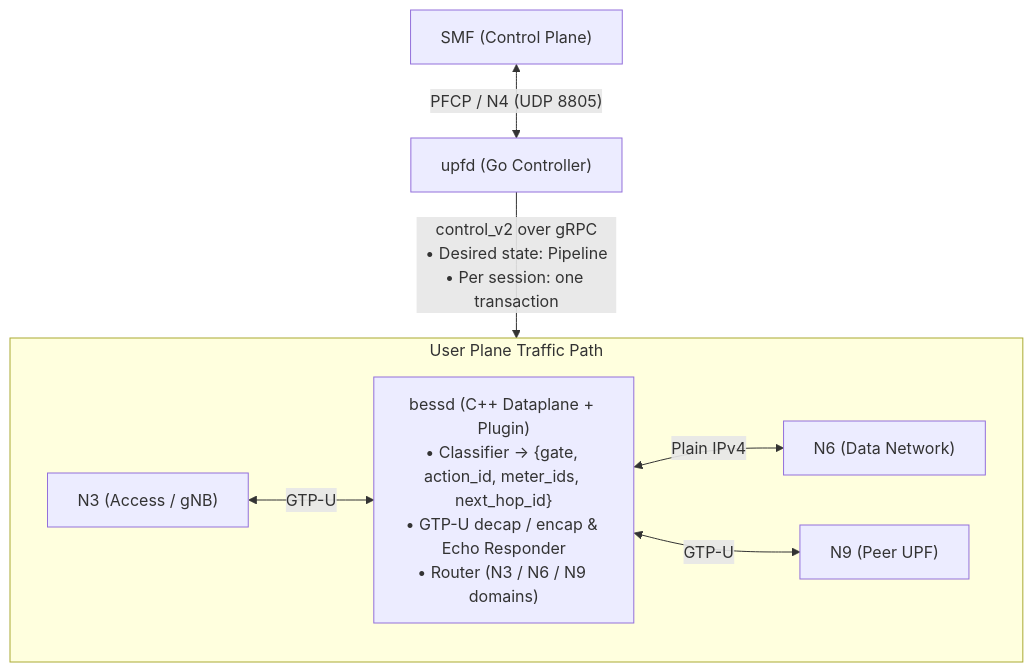
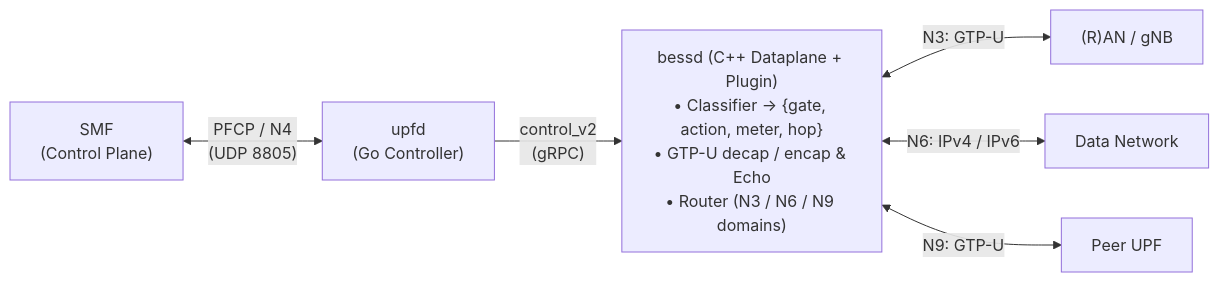
One commit to krsna1729/upf changed the diagram in README.md. Above: the diagram before and after it, drawn with Mermaid. The commit also changed other lines of this file and 11 other files, not shown here.

````diff
--- a/README.md
+++ b/README.md
@@ -10,12 +10,9 @@
 ```mermaid
-flowchart TD
-    SMF["SMF (Control Plane)"] <-->|"PFCP / N4 (UDP 8805)"| UPFD["upfd (Go Controller)"]
-    UPFD -->|"control_v2 over gRPC<br/>• Desired state: Pipeline<br/>• Per session: one transaction"| BESS["bessd (C++ Dataplane + Plugin)<br/>• Classifier &rarr; {gate, action_id, meter_ids, next_hop_id}<br/>• GTP-U decap / encap &amp; Echo Responder<br/>• Router (N3 / N6 / N9 domains)"]
-
-    subgraph TRAFFIC["User Plane Traffic Path"]
-        direction LR
-        N3["N3 (Access / gNB)"] <-->|"GTP-U"| BESS
-        BESS <-->|"Plain IPv4"| N6["N6 (Data Network)"]
-        BESS <-->|"GTP-U"| N9["N9 (Peer UPF)"]
-    end
+flowchart LR
+    SMF["SMF<br/>(Control Plane)"] <-->|"PFCP / N4<br/>(UDP 8805)"| UPFD["upfd<br/>(Go Controller)"]
+    UPFD -->|"control_v2<br/>(gRPC)"| BESS["bessd (C++ Dataplane + Plugin)<br/>• Classifier &rarr; {gate, action, meter, hop}<br/>• GTP-U decap / encap &amp; Echo<br/>• Router (N3 / N6 / N9 domains)"]
+    
+    BESS <-->|"N3: GTP-U"| RAN["(R)AN / gNB"]
+    BESS <-->|"N6: IPv4 / IPv6"| DN["Data Network"]
+    BESS <-->|"N9: GTP-U"| PEER["Peer UPF"]
 ```
````
